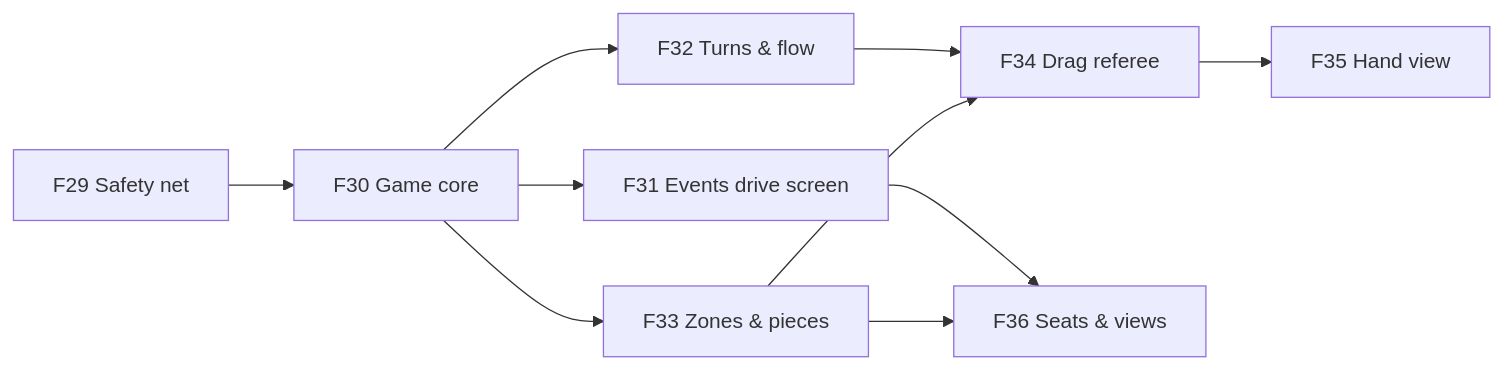
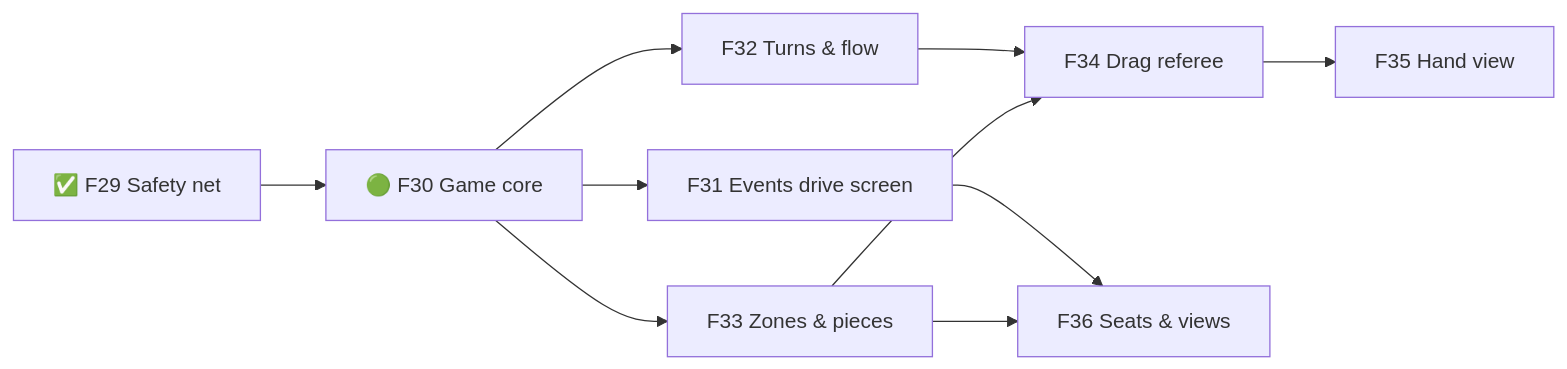
One commit to TheBlueMuzzy/glyphtender changed the sixth of 6 diagrams in .planning/ROADMAP.md. Above: the diagram before and after it, drawn with Mermaid. The commit also changed other lines of this file and 2 other files, not shown here.

````diff
--- a/.planning/ROADMAP.md
+++ b/.planning/ROADMAP.md
@@ -123,12 +123,12 @@
 ```mermaid
 flowchart LR
-  F29[F29 Safety net] --> F30[F30 Game core]
+  F29[✅ F29 Safety net] --> F30[🟢 F30 Game core]
   F30 --> F31[F31 Events drive screen]
   F30 --> F32[F32 Turns & flow]
   F30 --> F33[F33 Zones & pieces]
   F32 --> F34[F34 Drag referee]
   F33 --> F34
   F34 --> F35[F35 Hand view]
   F31 --> F36[F36 Seats & views]
   F33 --> F36
 ```
````
